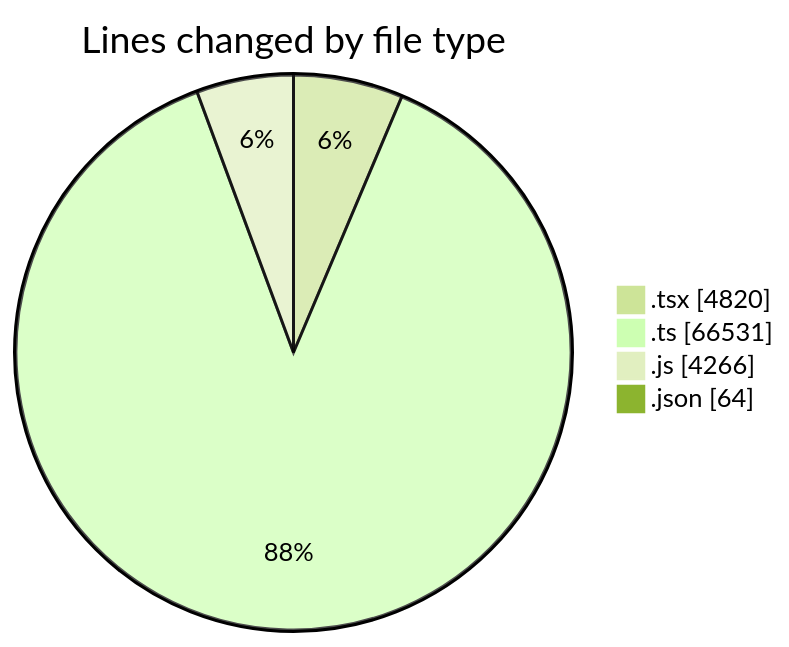
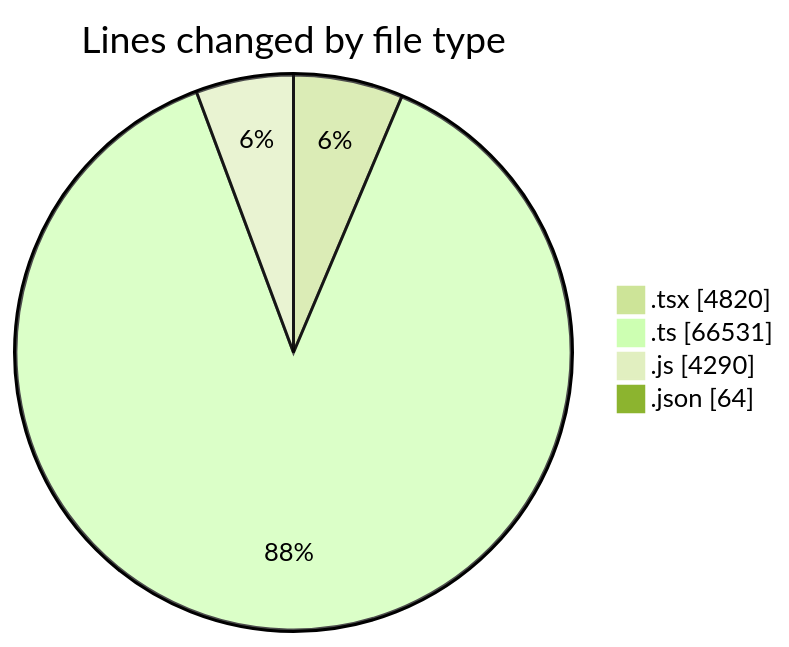
Before and after one commit to momahboobian/code-tracking: the first of 2 diagrams in 2026-07-30/cda/README.md, drawn with Mermaid (forest theme). The commit also changed other lines of this file and 1 other file, not shown here.

````diff
--- a/2026-07-30/cda/README.md
+++ b/2026-07-30/cda/README.md
@@ -54,8 +55,8 @@
 ```mermaid
 pie showData
 title Lines changed by file type
 ".tsx" : 4820
 ".ts" : 66531
-".js" : 4266
+".js" : 4290
 ".json" : 64
 ```
````
